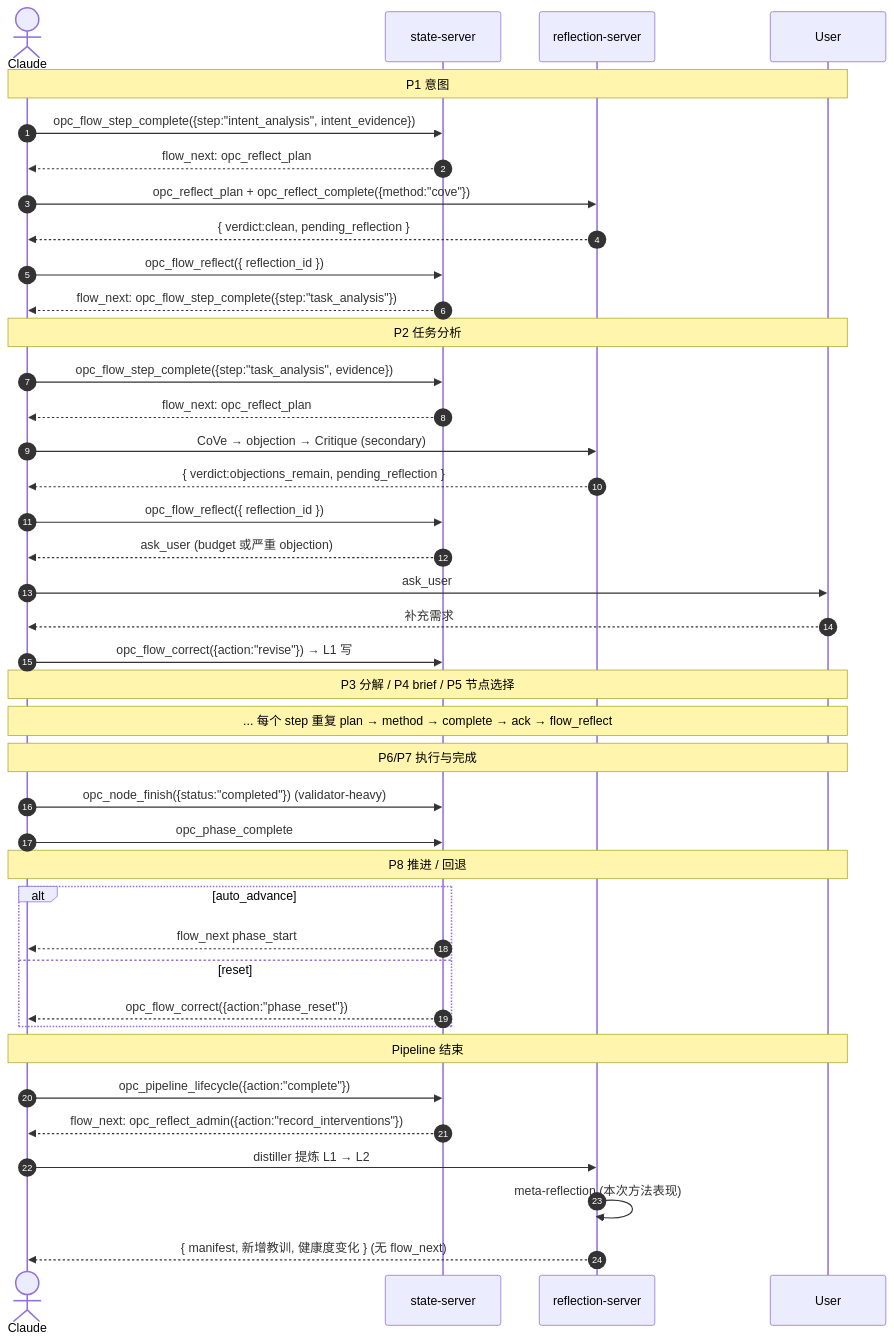
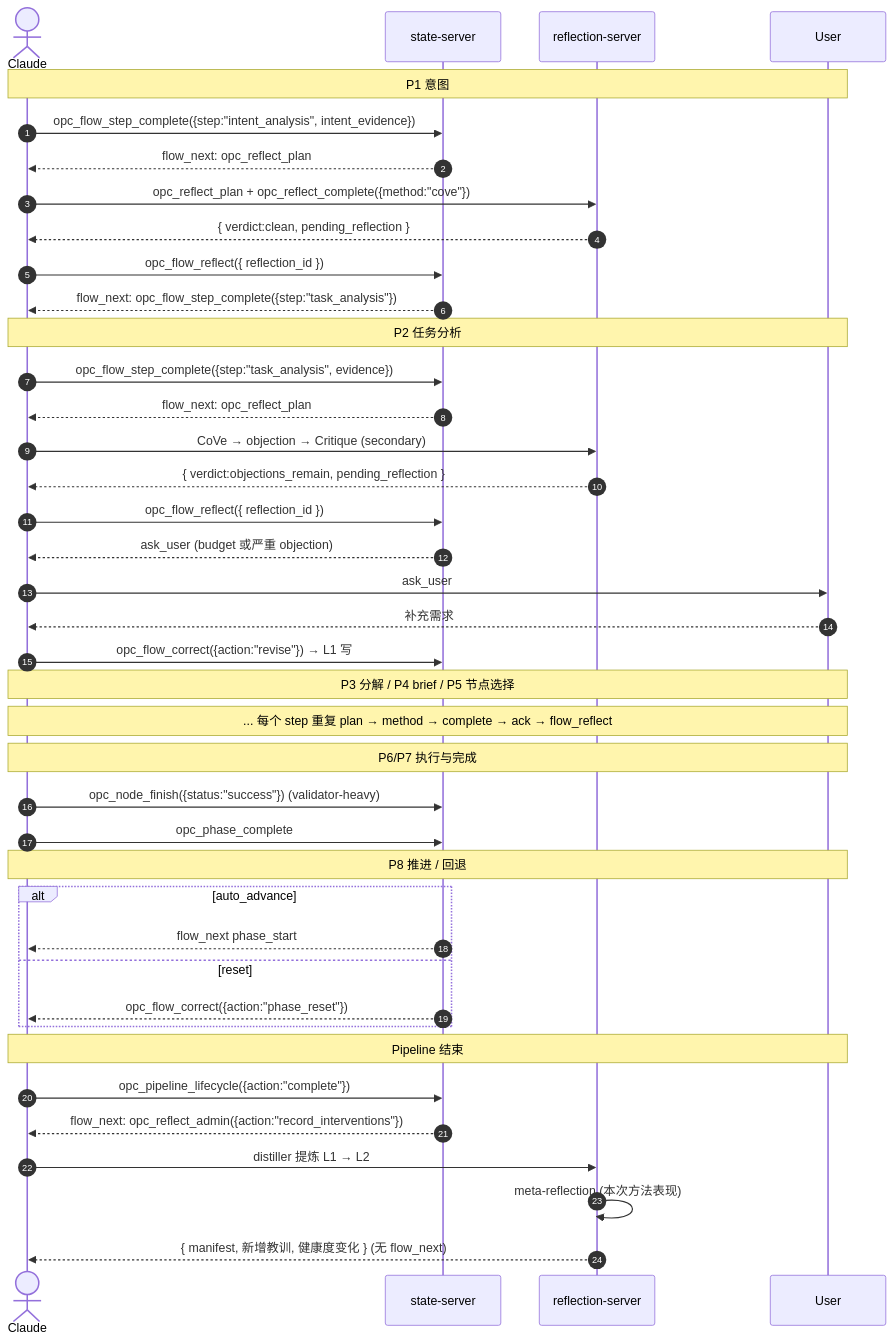
The third of 3 diagrams in doc/feature/05-opc-reflection-server/04-reflection-flow/00_overview.md (CaffeineOddity/opc-marketplace), drawn with Mermaid before and after one commit. The commit also changed 15 other files, not shown here.

Commit message:
docs(M79): fix status discriminator (completed→success) across remaining 16 doc files

````diff
--- a/doc/feature/05-opc-reflection-server/04-reflection-flow/00_overview.md
+++ b/doc/feature/05-opc-reflection-server/04-reflection-flow/00_overview.md
@@ -168,48 +168,48 @@
 ```mermaid
 sequenceDiagram
     autonumber
     actor C as Claude
     participant SS as state-server
     participant RS as reflection-server
     participant U as User
 
     Note over C,U: P1 意图
     C->>SS: opc_flow_step_complete({step:"intent_analysis", intent_evidence})
     SS-->>C: flow_next: opc_reflect_plan
     C->>RS: opc_reflect_plan + opc_reflect_complete({method:"cove"})
     RS-->>C: { verdict:clean, pending_reflection }
     C->>SS: opc_flow_reflect({ reflection_id })
     SS-->>C: flow_next: opc_flow_step_complete({step:"task_analysis"})
 
     Note over C,U: P2 任务分析
     C->>SS: opc_flow_step_complete({step:"task_analysis", evidence})
     SS-->>C: flow_next: opc_reflect_plan
     C->>RS: CoVe → objection → Critique (secondary)
     RS-->>C: { verdict:objections_remain, pending_reflection }
     C->>SS: opc_flow_reflect({ reflection_id })
     SS-->>C: ask_user (budget 或严重 objection)
     C->>U: ask_user
     U-->>C: 补充需求
     C->>SS: opc_flow_correct({action:"revise"}) → L1 写
 
     Note over C,U: P3 分解 / P4 brief / P5 节点选择
     Note over C,U: ... 每个 step 重复 plan → method → complete → ack → flow_reflect
 
     Note over C,U: P6/P7 执行与完成
-    C->>SS: opc_node_finish({status:"completed"}) (validator-heavy)
+    C->>SS: opc_node_finish({status:"success"}) (validator-heavy)
     C->>SS: opc_phase_complete
 
     Note over C,U: P8 推进 / 回退
     alt auto_advance
         SS-->>C: flow_next phase_start
     else reset
         SS-->>C: opc_flow_correct({action:"phase_reset"})
     end
 
     Note over C,U: Pipeline 结束
     C->>SS: opc_pipeline_lifecycle({action:"complete"})
     SS-->>C: flow_next: opc_reflect_admin({action:"record_interventions"})
     C->>RS: distiller 提炼 L1 → L2
     RS->>RS: meta-reflection (本次方法表现)
     RS-->>C: { manifest, 新增教训, 健康度变化 } (无 flow_next)
 ```
````
